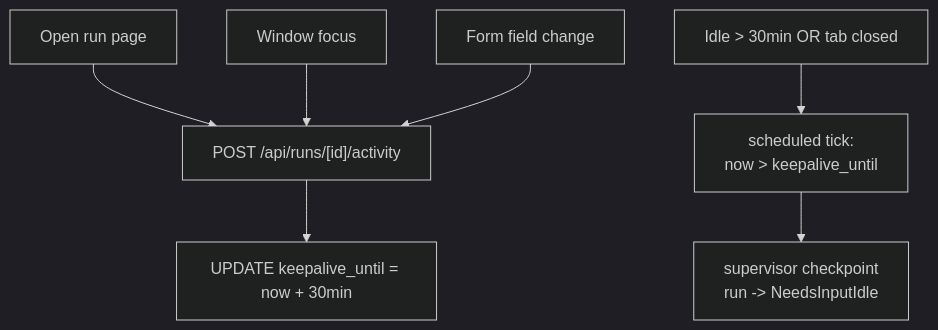
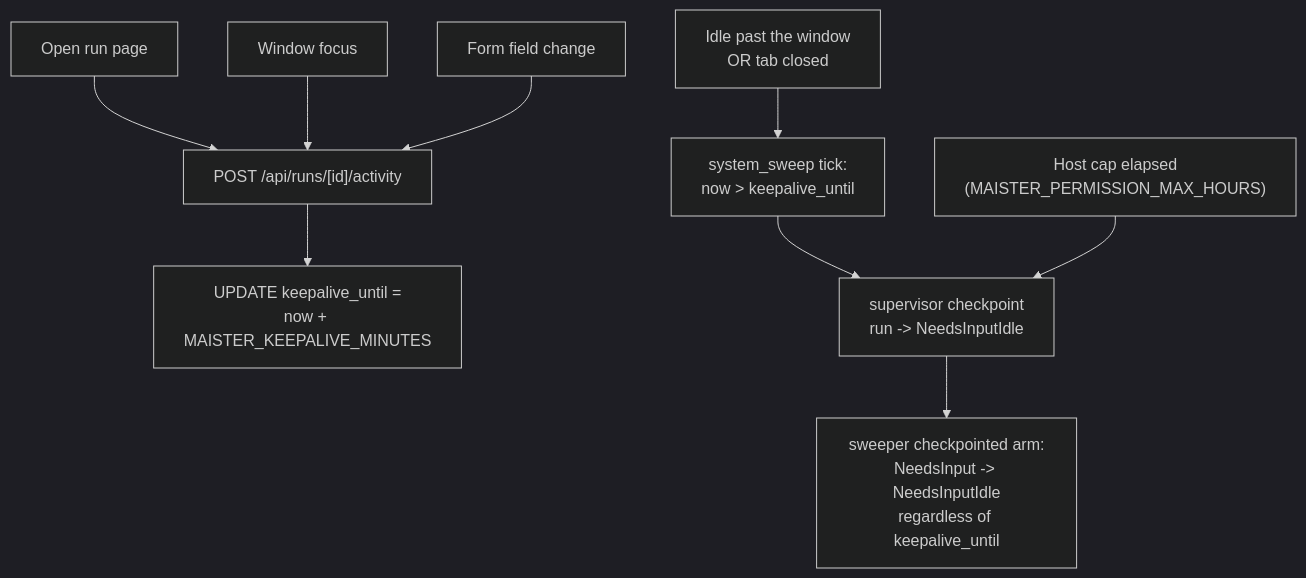
One commit to maister-dev/maister changed diagram 14 of 17 in docs/system-analytics/hitl.md. Above: the diagram before and after it, drawn with Mermaid (dark theme). The commit also changed other lines of this file and 14 other files, not shown here.

````diff
--- a/docs/system-analytics/hitl.md
+++ b/docs/system-analytics/hitl.md
@@ -746,9 +762,11 @@
 ```mermaid
 flowchart TD
     Open["Open run page"] --> Send["POST /api/runs/[id]/activity"]
-    Send --> DB["UPDATE keepalive_until = now + 30min"]
+    Send --> DB["UPDATE keepalive_until =<br/>now + MAISTER_KEEPALIVE_MINUTES"]
     Focus["Window focus"] --> Send
     Type["Form field change"] --> Send
-    Idle["Idle > 30min OR tab closed"] --> Tick["scheduled tick:<br/>now > keepalive_until"]
+    Idle["Idle past the window<br/>OR tab closed"] --> Tick["system_sweep tick:<br/>now > keepalive_until"]
     Tick --> Checkpoint["supervisor checkpoint<br/>run -> NeedsInputIdle"]
+    Cap["Host cap elapsed<br/>(MAISTER_PERMISSION_MAX_HOURS)"] --> Checkpoint
+    Checkpoint --> Park["sweeper checkpointed arm:<br/>NeedsInput -> NeedsInputIdle<br/>regardless of keepalive_until"]
 ```
````
